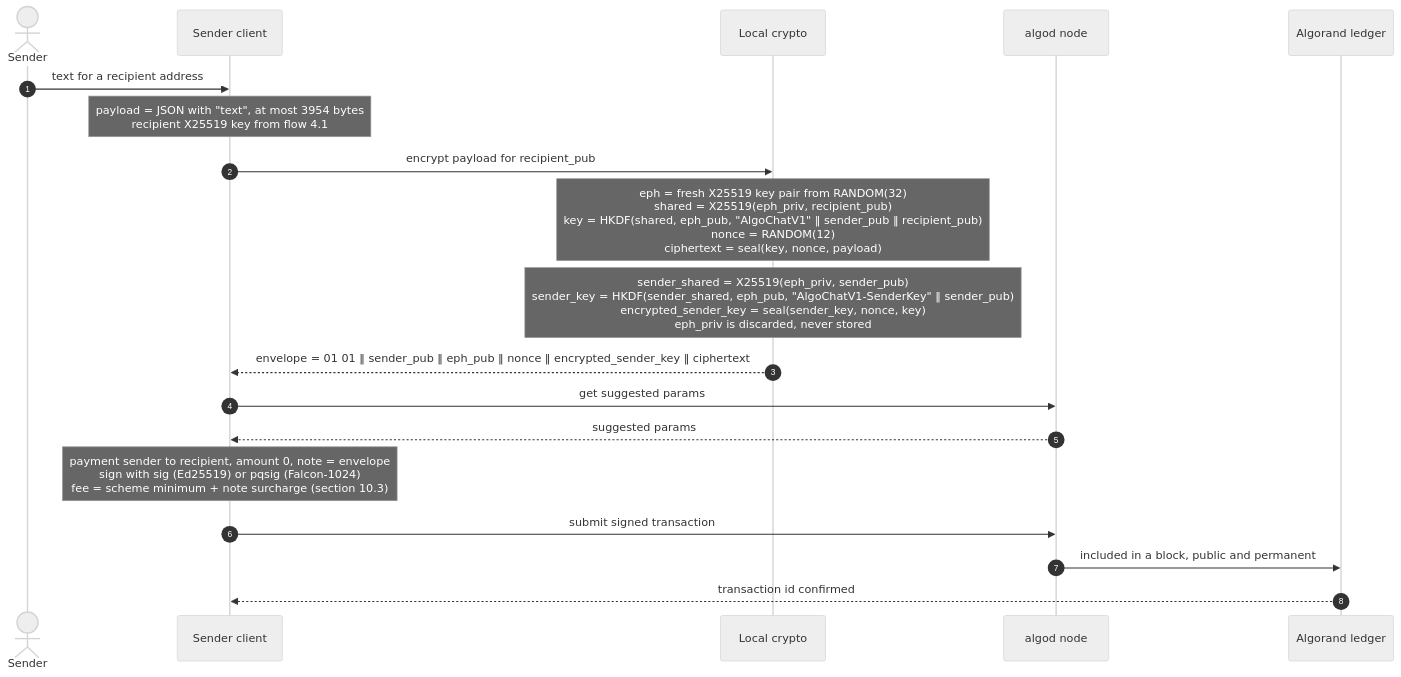
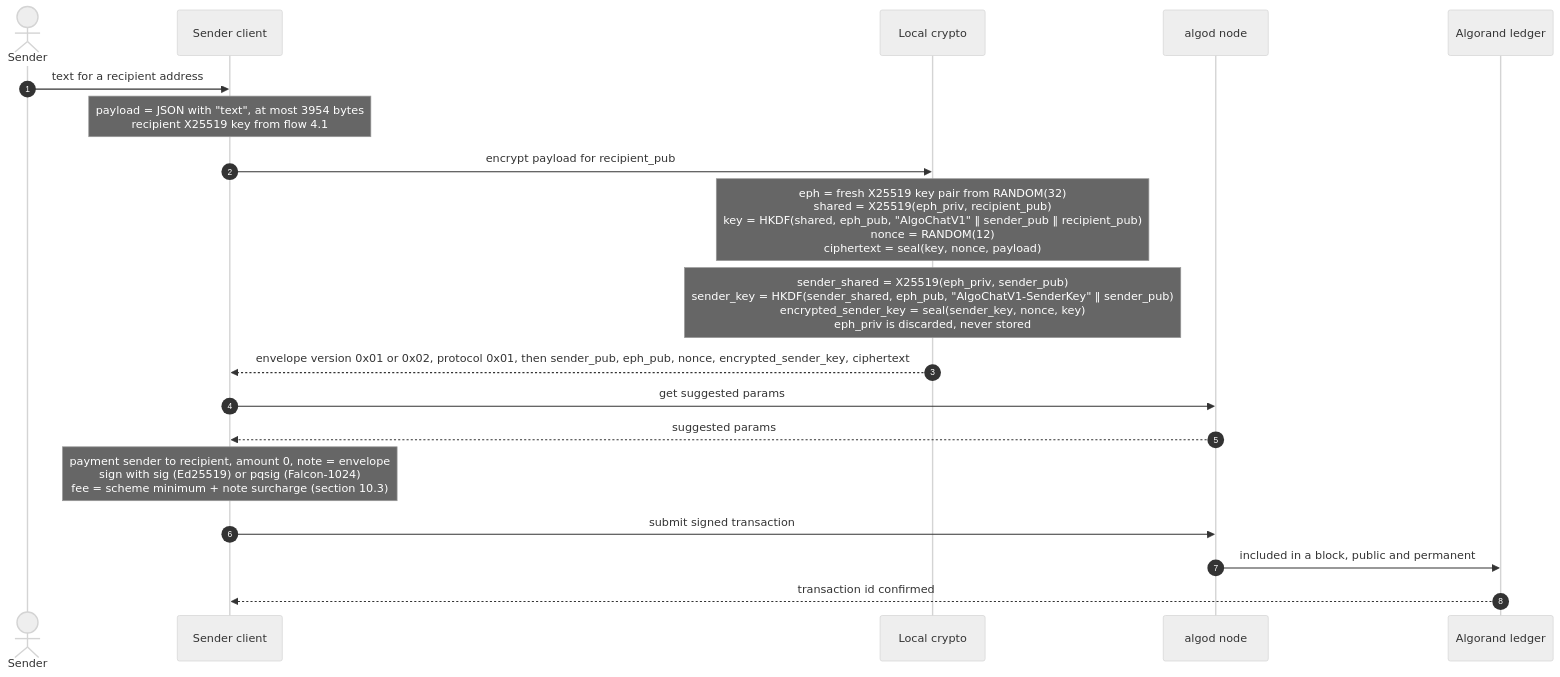
Before and after one commit to CorvidLabs/algochat: the sixth of 15 diagrams in docs/HLD.md, drawn with Mermaid (neutral theme). The commit also changed other lines of this file and 207 other files, not shown here.

````diff
--- a/docs/HLD.md
+++ b/docs/HLD.md
@@ -214,21 +214,21 @@
 ```mermaid
 sequenceDiagram
     autonumber
     actor U as Sender
     participant C as Sender client
     participant K as Local crypto
     participant N as algod node
     participant L as Algorand ledger
     U->>C: text for a recipient address
     Note over C: payload = JSON with "text", at most 3954 bytes<br/>recipient X25519 key from flow 4.1
     C->>K: encrypt payload for recipient_pub
     Note over K: eph = fresh X25519 key pair from RANDOM(32)<br/>shared = X25519(eph_priv, recipient_pub)<br/>key = HKDF(shared, eph_pub, "AlgoChatV1" ‖ sender_pub ‖ recipient_pub)<br/>nonce = RANDOM(12)<br/>ciphertext = seal(key, nonce, payload)
     Note over K: sender_shared = X25519(eph_priv, sender_pub)<br/>sender_key = HKDF(sender_shared, eph_pub, "AlgoChatV1-SenderKey" ‖ sender_pub)<br/>encrypted_sender_key = seal(sender_key, nonce, key)<br/>eph_priv is discarded, never stored
-    K-->>C: envelope = 01 01 ‖ sender_pub ‖ eph_pub ‖ nonce ‖ encrypted_sender_key ‖ ciphertext
+    K-->>C: envelope version 0x01 or 0x02, protocol 0x01, then sender_pub, eph_pub, nonce, encrypted_sender_key, ciphertext
     C->>N: get suggested params
     N-->>C: suggested params
     Note over C: payment sender to recipient, amount 0, note = envelope<br/>sign with sig (Ed25519) or pqsig (Falcon-1024)<br/>fee = scheme minimum + note surcharge (section 10.3)
     C->>N: submit signed transaction
     N->>L: included in a block, public and permanent
     L-->>C: transaction id confirmed
 ```
````
